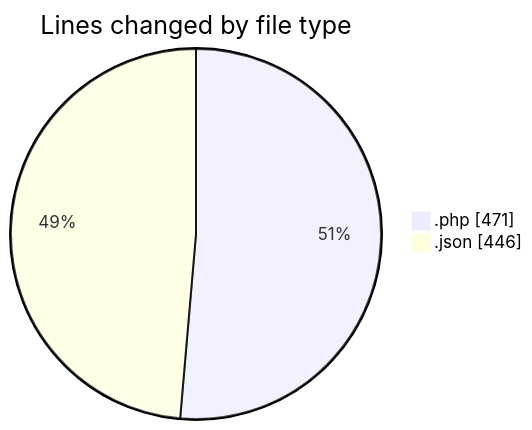
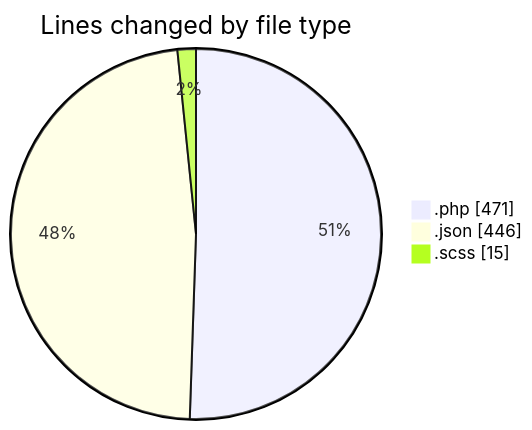
Before and after one commit to idhammustaqopulfikri/code-tracking: the first of 2 diagrams in 2025-03-27/autodidak/README.md, drawn with Mermaid. The commit also changed other lines of this file and 1 other file, not shown here.

````diff
--- a/2025-03-27/autodidak/README.md
+++ b/2025-03-27/autodidak/README.md
@@ -27,6 +28,7 @@
 ```mermaid
 pie showData
 title Lines changed by file type
 ".php" : 471
 ".json" : 446
+".scss" : 15
 ```
````
